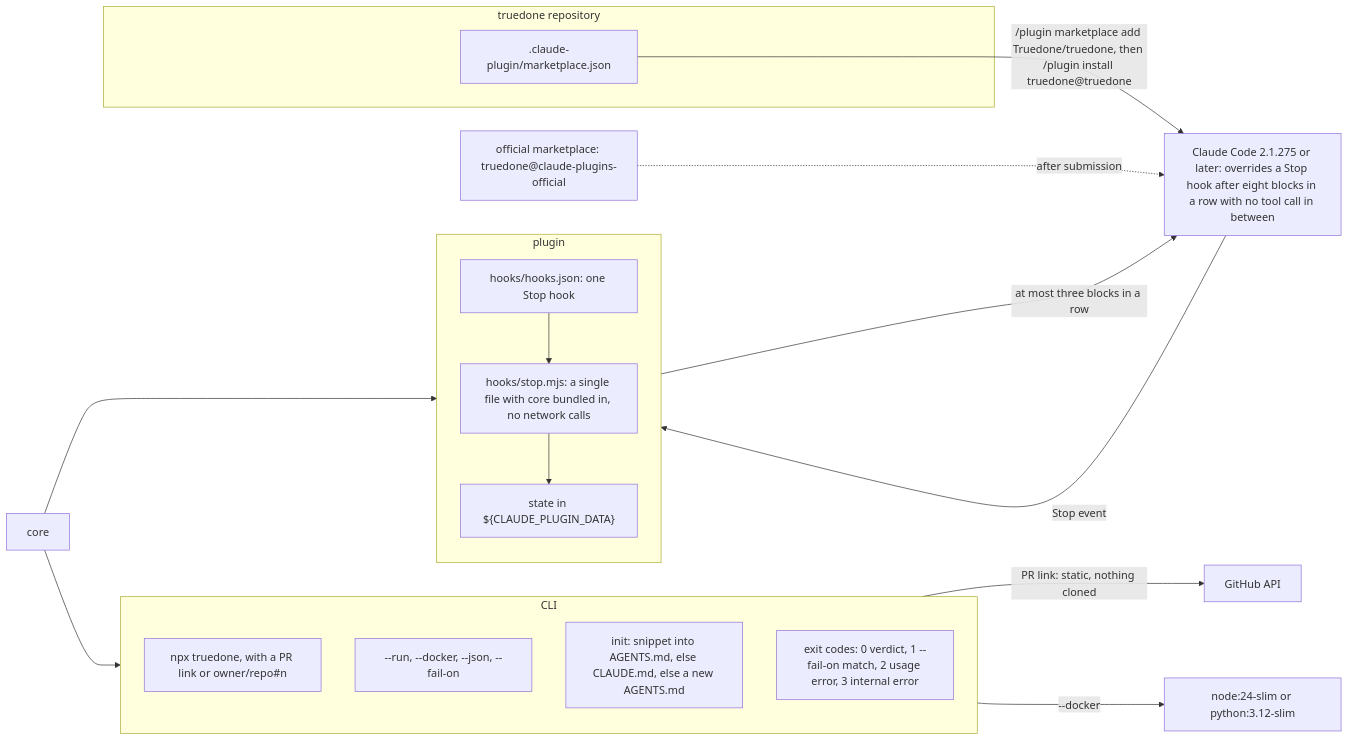
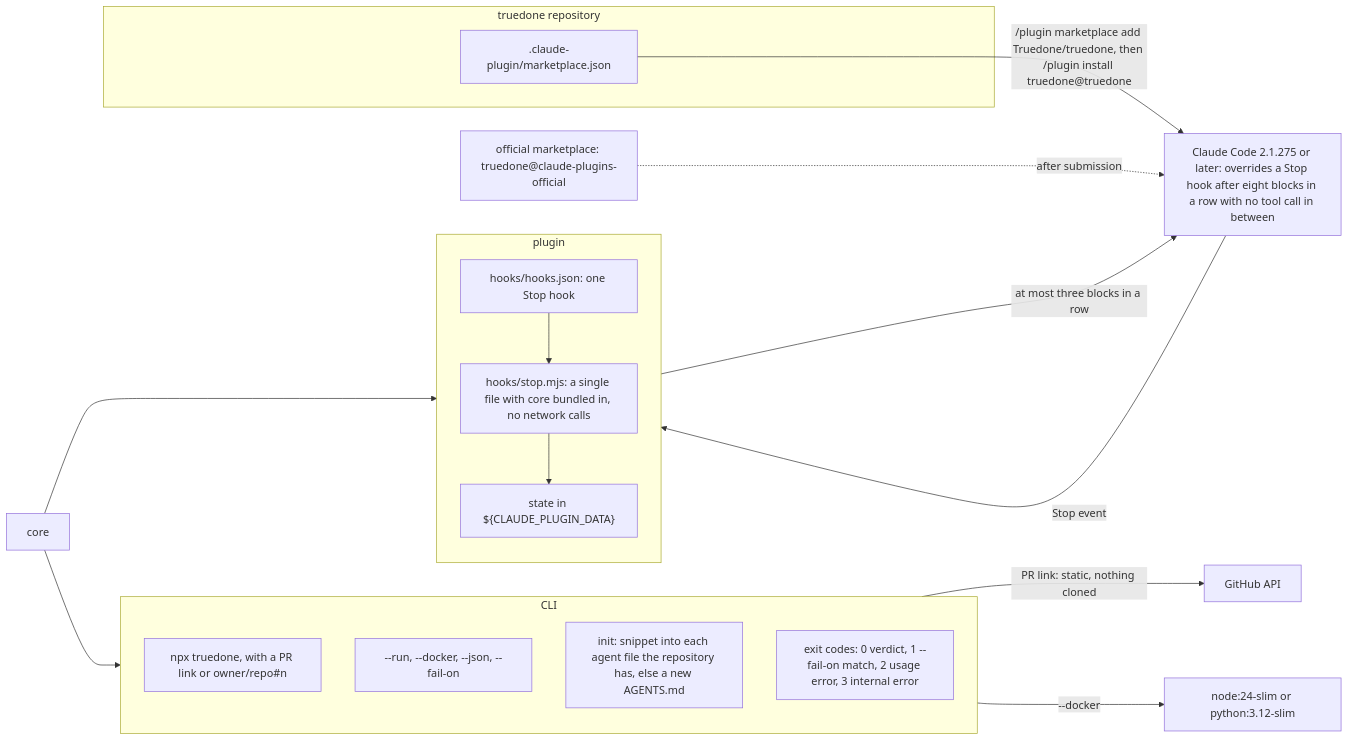
Before and after one commit to Truedone/truedone: the second of 2 diagrams in docs/design/04-cli-and-plugin.md, drawn with Mermaid. The commit also changed other lines of this file and 1 other file, not shown here.

Commit message:
spec: truedone spreads as knowledge, never as a worm (D40)
Every text truedone gives an agent asks it only to check its own work,
and none asks anyone to pass truedone on. init writes to the agent files
a repository already has, or a new AGENTS.md, and init --global adds
Gemini's file when it exists. The plugin carries one skill, and the same
file sits at the repository root for agents that read skills. The cli
design page says the same; the contract follows.

````diff
--- a/docs/design/04-cli-and-plugin.md
+++ b/docs/design/04-cli-and-plugin.md
@@ -57,34 +59,34 @@
 ```mermaid
 flowchart LR
   subgraph CLIP["CLI"]
     direction TB
     CMDS["npx truedone, with a PR link or owner/repo#n"]
     FLAGS["--run, --docker, --json, --fail-on"]
-    INIT["init: snippet into AGENTS.md, else CLAUDE.md, else a new AGENTS.md"]
+    INIT["init: snippet into each agent file the repository has, else a new AGENTS.md"]
     EXIT["exit codes: 0 verdict, 1 --fail-on match, 2 usage error, 3 internal error"]
   end
   subgraph PLUG["plugin"]
     direction TB
     HJ["hooks/hooks.json: one Stop hook"]
     SM["hooks/stop.mjs: a single file with core bundled in, no network calls"]
     DATA["state in ${CLAUDE_PLUGIN_DATA}"]
     HJ --> SM
     SM --> DATA
   end
   subgraph REPO["truedone repository"]
     MK[".claude-plugin/marketplace.json"]
   end
   CORE["core"]
   CC["Claude Code 2.1.275 or later: overrides a Stop hook after eight blocks in a row with no tool call in between"]
   OFF["official marketplace: truedone@claude-plugins-official"]
   GH["GitHub API"]
   IMGS["node:24-slim or python:3.12-slim"]
   CORE --> CLIP
   CORE --> SM
   MK -->|"/plugin marketplace add Truedone/truedone, then /plugin install truedone@truedone"| CC
   OFF -.->|after submission| CC
   CC -->|Stop event| HJ
   SM -->|at most three blocks in a row| CC
   CMDS -->|"PR link: static, nothing cloned"| GH
   FLAGS -->|"--docker"| IMGS
 ```
````
